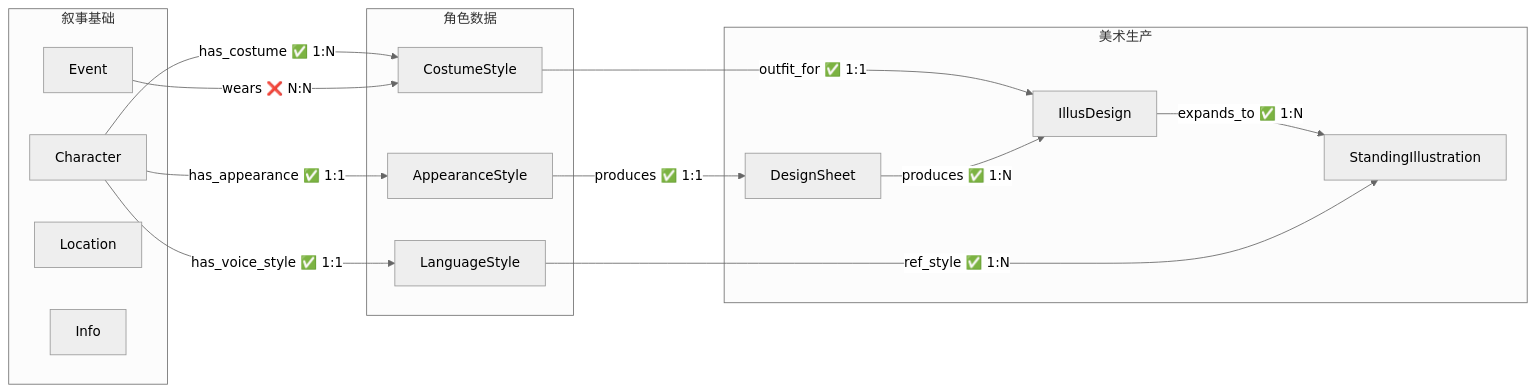
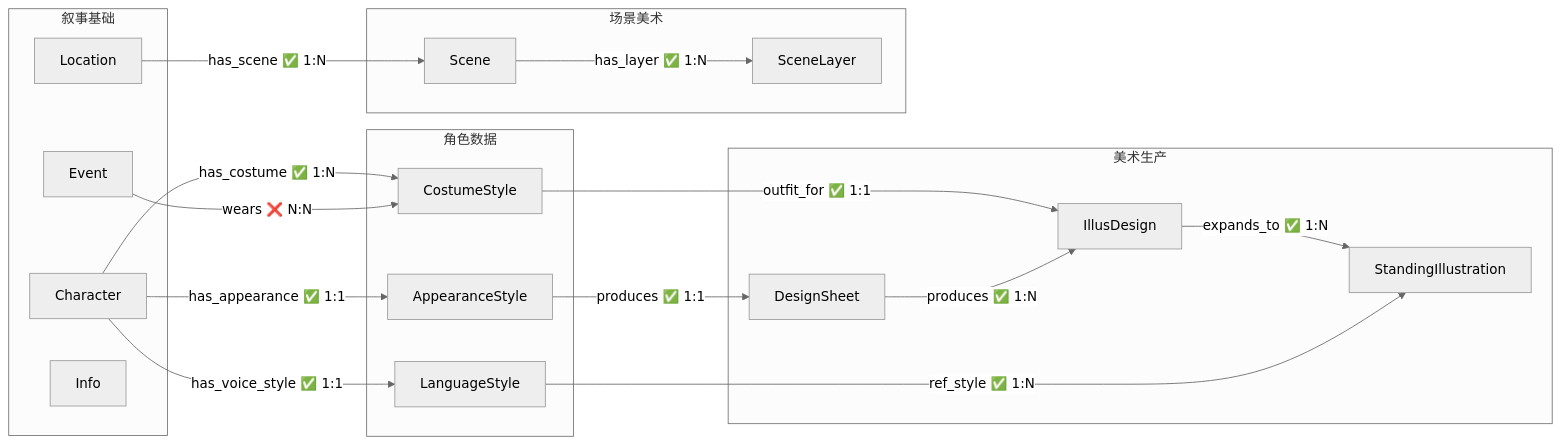
One commit to CrazyJinn/OtheredGlass changed the diagram in 00_init/Schema总览.md. Above: the diagram before and after it, drawn with Mermaid (neutral theme). The commit also changed other lines of this file and 50 other files, not shown here.

````diff
--- a/00_init/Schema总览.md
+++ b/00_init/Schema总览.md
@@ -73,31 +80,38 @@
 ```mermaid
 flowchart LR
     subgraph 叙事["叙事基础"]
         Character["Character"]
         Event["Event"]
         Location["Location"]
         Info["Info"]
     end
 
     subgraph 角色数据["角色数据"]
         Appearance["AppearanceStyle"]
         Costume["CostumeStyle"]
         Language["LanguageStyle"]
     end
 
     subgraph 美术生产["美术生产"]
         DesignSheet["DesignSheet"]
         IllusDesign["IllusDesign"]
         StandingIllus["StandingIllustration"]
     end
 
+    subgraph 场景美术["场景美术"]
+        Scene["Scene"]
+        SceneLayer["SceneLayer"]
+    end
+
     Character -->|"has_appearance ✅ 1:1"| Appearance
     Character -->|"has_costume ✅ 1:N"| Costume
     Character -->|"has_voice_style ✅ 1:1"| Language
     Appearance -->|"produces ✅ 1:1"| DesignSheet
     Costume -->|"outfit_for ✅ 1:1"| IllusDesign
     DesignSheet -->|"produces ✅ 1:N"| IllusDesign
     Event -->|"wears ❌ N:N"| Costume
     IllusDesign -->|"expands_to ✅ 1:N"| StandingIllus
     Language -->|"ref_style ✅ 1:N"| StandingIllus
+    Location -->|"has_scene ✅ 1:N"| Scene
+    Scene -->|"has_layer ✅ 1:N"| SceneLayer
 ```
````
